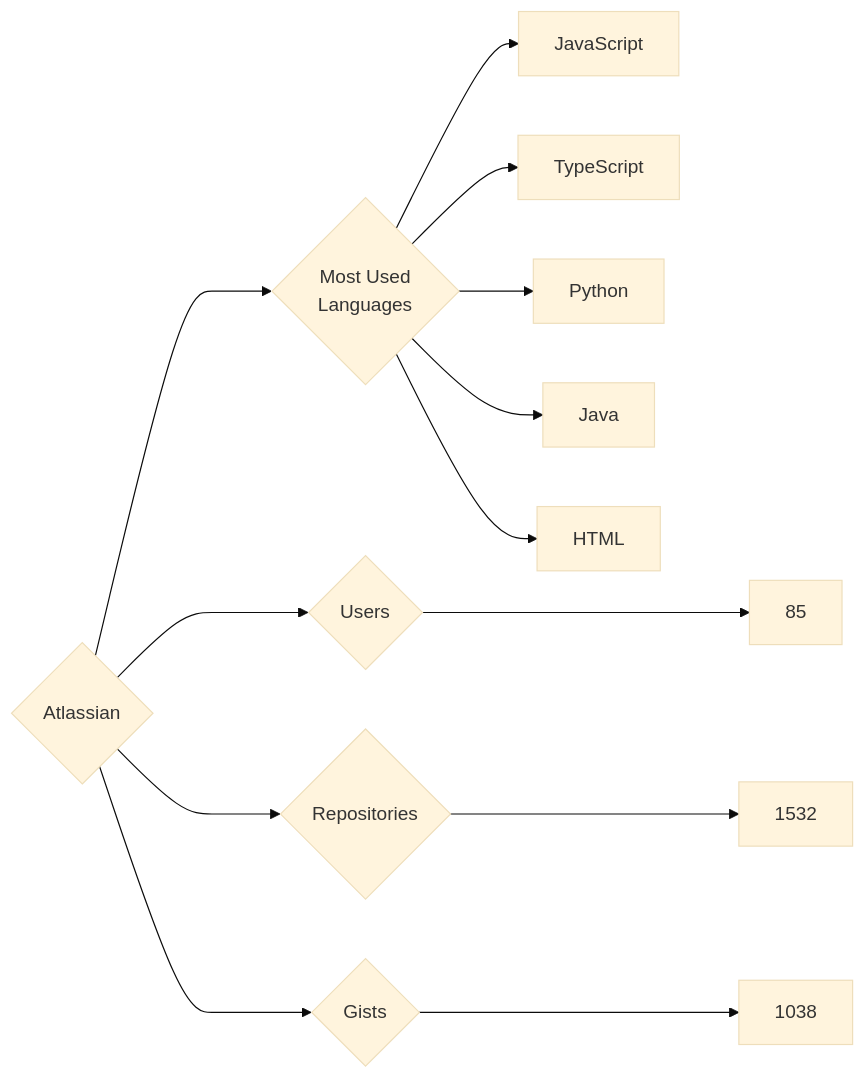
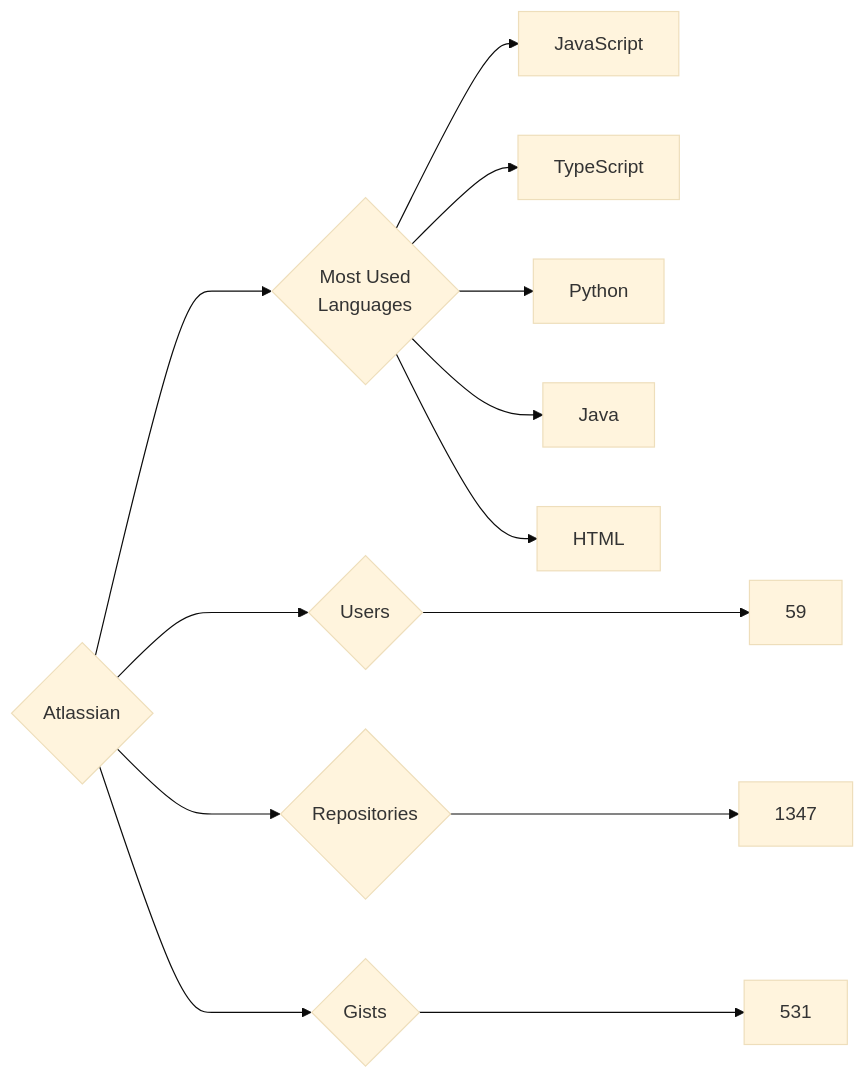
One commit to trickest/insiders changed the diagram in targets/Atlassian/README.md. Above: the diagram before and after it, drawn with Mermaid (base theme). The commit also changed 944 other files, not shown here.

````diff
--- a/targets/Atlassian/README.md
+++ b/targets/Atlassian/README.md
@@ -3,13 +3,13 @@
 ```mermaid
 graph LR
 COMPANY_NAME{Atlassian}
-COMPANY_NAME ---> U{Users} ---> UN[85]
-COMPANY_NAME ---> R{Repositories} ---> RN[1532]
-COMPANY_NAME ---> G{Gists} ---> GN[1038]
+COMPANY_NAME ---> U{Users} ---> UN[59]
+COMPANY_NAME ---> R{Repositories} ---> RN[1347]
+COMPANY_NAME ---> G{Gists} ---> GN[531]
 COMPANY_NAME ---> ML{Most Used<br>Languages}
 ML --> JavaScript[JavaScript]
 ML --> TypeScript[TypeScript]
 ML --> Python[Python]
 ML --> Java[Java]
 ML --> HTML[HTML]
 ```
````
